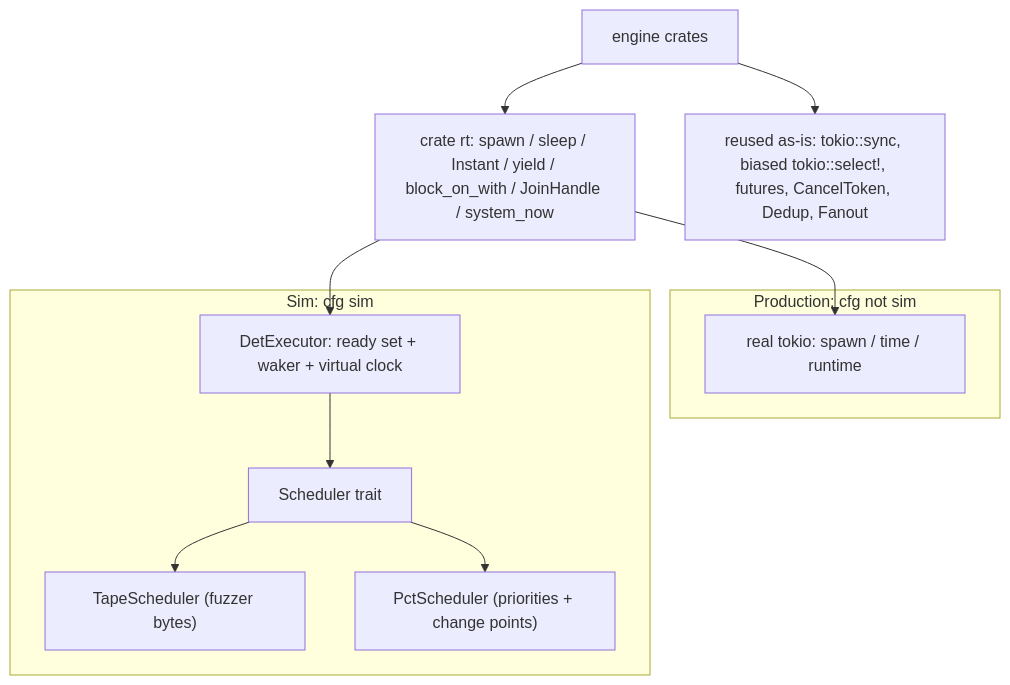
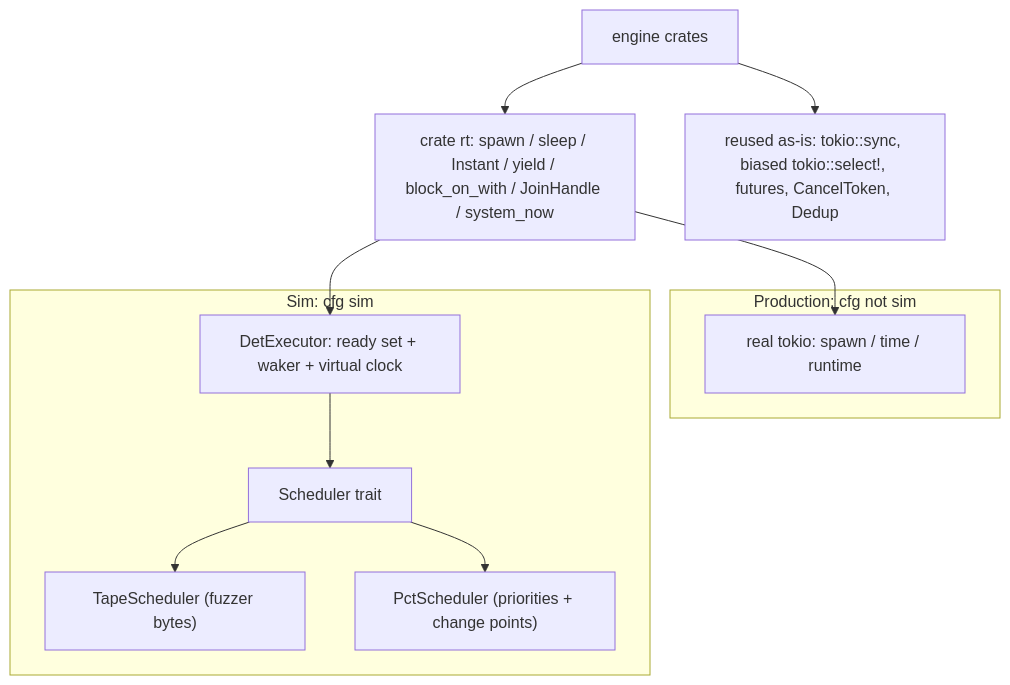
Before and after one commit to mbrt/glassdb-rs: the diagram in docs/adr/011-guided-interleaving-executor.md, drawn with Mermaid. The commit also changed other lines of this file and 45 other files, not shown here.

````diff
--- a/docs/adr/011-guided-interleaving-executor.md
+++ b/docs/adr/011-guided-interleaving-executor.md
@@ -69,21 +69,21 @@
 ```mermaid
 flowchart TD
   subgraph prod [Production: cfg not sim]
     realtokio["real tokio: spawn / time / runtime"]
   end
   subgraph sim [Sim: cfg sim]
     exec["DetExecutor: ready set + waker + virtual clock"]
     sched["Scheduler trait"]
     tape["TapeScheduler (fuzzer bytes)"]
     pct["PctScheduler (priorities + change points)"]
     sched --> tape
     sched --> pct
     exec --> sched
   end
   rt["crate rt: spawn / sleep / Instant / yield / block_on_with / JoinHandle / system_now"]
   rt --> realtokio
   rt --> exec
-  reuse["reused as-is: tokio::sync, biased tokio::select!, futures, CancelToken, Dedup, Fanout"]
+  reuse["reused as-is: tokio::sync, biased tokio::select!, futures, CancelToken, Dedup"]
   engine["engine crates"] --> rt
   engine --> reuse
 ```
````
